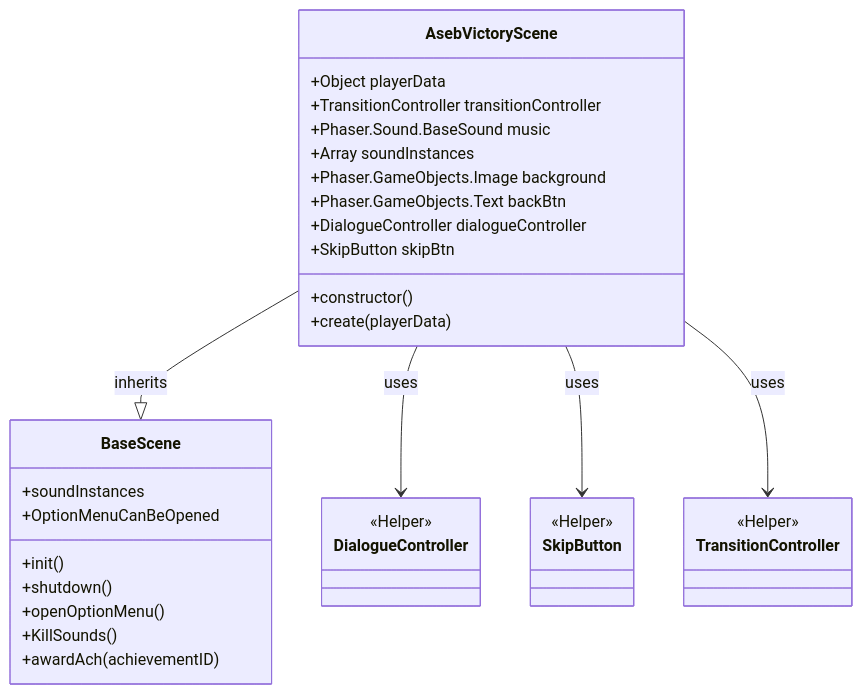
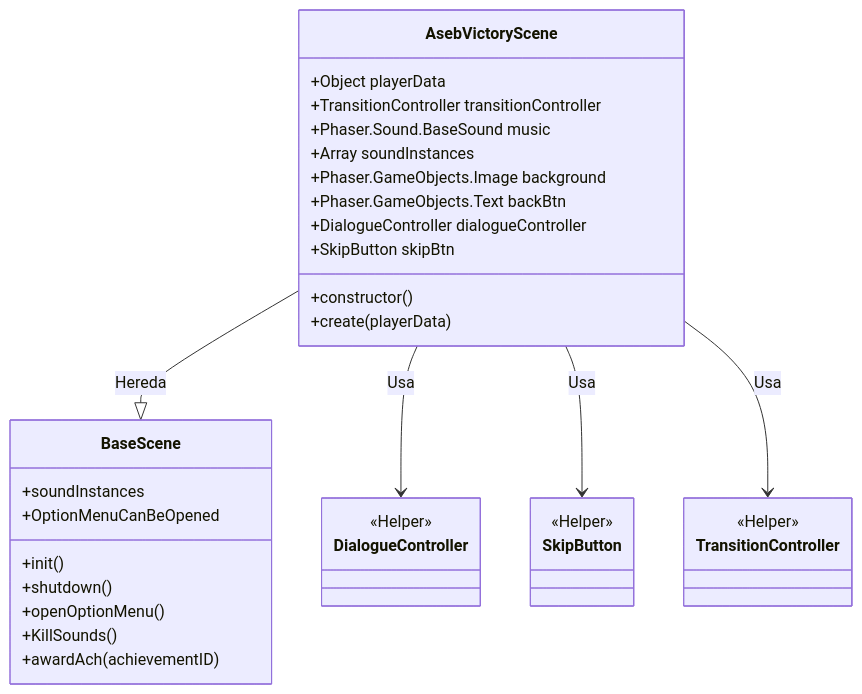
Diagram 16 of 23 in arquitectura.md (MaltenGD/TimeBoxed), drawn with Mermaid before and after one commit. The commit also changed other lines of this file, not shown here.

````diff
--- a/arquitectura.md
+++ b/arquitectura.md
@@ -359,46 +812,46 @@
 ```mermaid
 classDiagram
     class AsebVictoryScene {
         %% Properties defined in create
         +Object playerData
         +TransitionController transitionController
         +Phaser.Sound.BaseSound music
         +Array soundInstances
         +Phaser.GameObjects.Image background
         +Phaser.GameObjects.Text backBtn
         +DialogueController dialogueController
         +SkipButton skipBtn
 
         %% Methods
         +constructor()
         +create(playerData)
     }
 
     class BaseScene {
         +soundInstances
         +OptionMenuCanBeOpened
         +init()
         +shutdown()
         +openOptionMenu()
         +KillSounds()
         +awardAch(achievementID)
     }
 
     class DialogueController {
         <<Helper>>
     }
     class SkipButton {
         <<Helper>>
     }
 
     class TransitionController {
          <<Helper>>
     }
 
-    AsebVictoryScene --|> BaseScene : inherits
-    AsebVictoryScene --> DialogueController : uses
-    AsebVictoryScene --> SkipButton : uses
-    AsebVictoryScene --> TransitionController : uses
+    AsebVictoryScene --|> BaseScene : Hereda
+    AsebVictoryScene --> DialogueController : Usa
+    AsebVictoryScene --> SkipButton : Usa
+    AsebVictoryScene --> TransitionController : Usa
 
 
 ```
````
